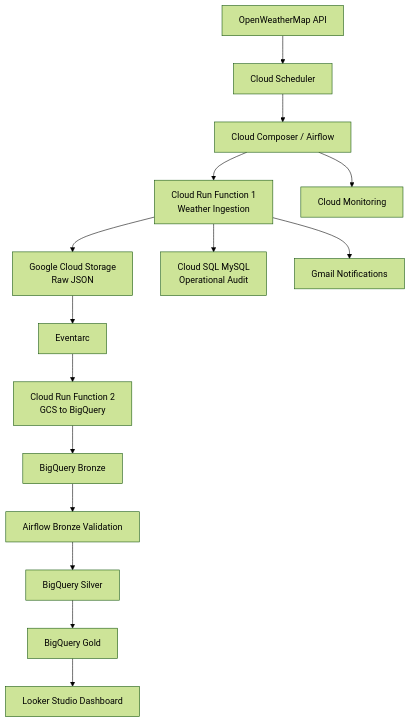
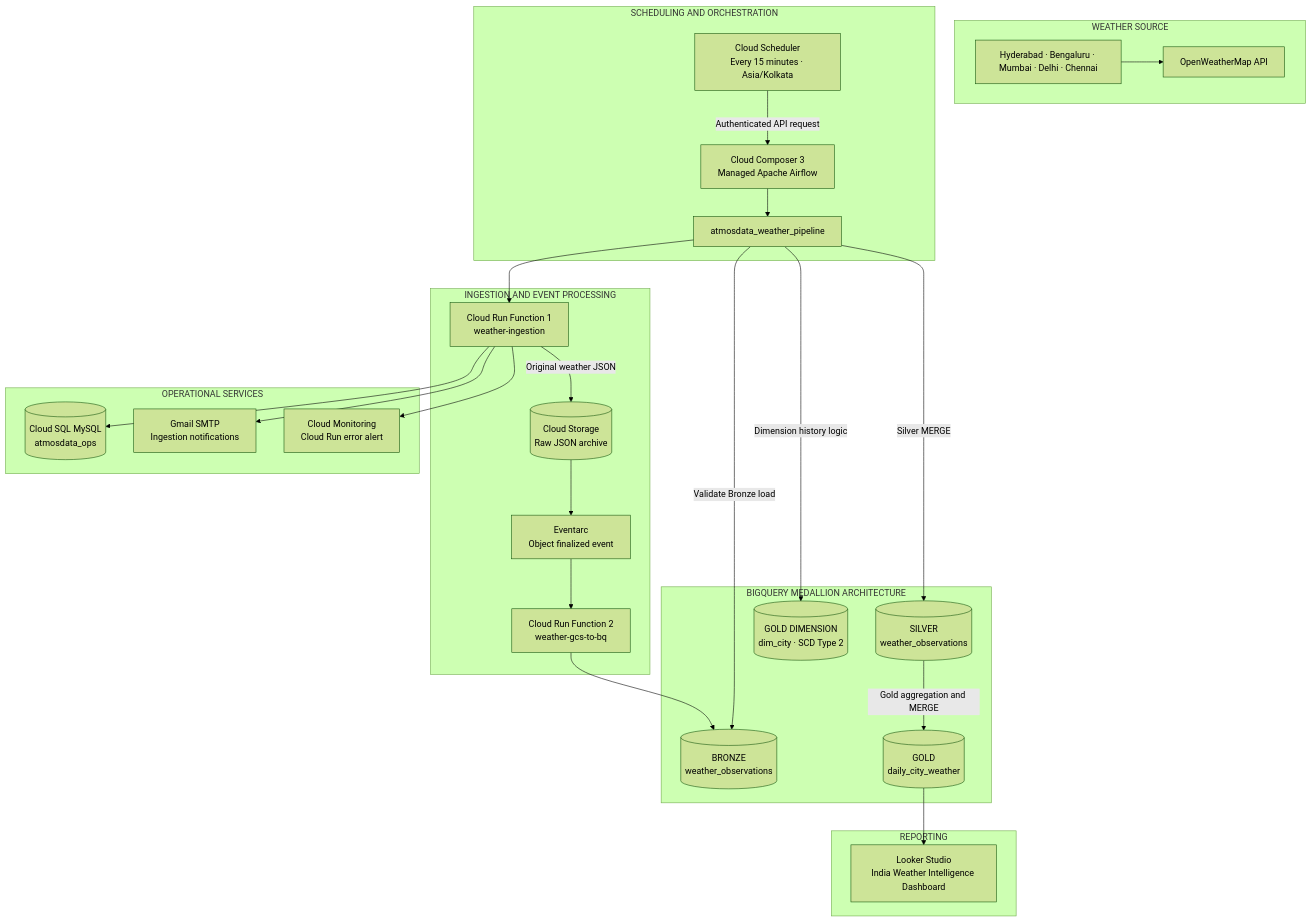
Before and after one commit to cloudwithpavan/AtmosData: the first of 7 diagrams in README.md, drawn with Mermaid (forest theme). The commit also changed other lines of this file, not shown here.

````diff
--- a/README.md
+++ b/README.md
@@ -59,17 +56,54 @@
 ```mermaid
-flowchart TD
-    A["OpenWeatherMap API"] --> B["Cloud Scheduler"]
-    B --> C["Cloud Composer / Airflow"]
-    C --> D["Cloud Run Function 1<br/>Weather Ingestion"]
-    D --> E["Google Cloud Storage<br/>Raw JSON"]
-    E --> F["Eventarc"]
-    F --> G["Cloud Run Function 2<br/>GCS to BigQuery"]
-    G --> H["BigQuery Bronze"]
-    H --> I["Airflow Bronze Validation"]
-    I --> J["BigQuery Silver"]
-    J --> K["BigQuery Gold"]
-    K --> L["Looker Studio Dashboard"]
-    D --> M["Cloud SQL MySQL<br/>Operational Audit"]
-    D --> N["Gmail Notifications"]
-    C --> O["Cloud Monitoring"]
+flowchart TB
+    subgraph SOURCE["WEATHER SOURCE"]
+        API["OpenWeatherMap API"]
+        CITIES["Hyderabad · Bengaluru · Mumbai · Delhi · Chennai"]
+        CITIES --> API
+    end
+
+    subgraph ORCHESTRATION["SCHEDULING AND ORCHESTRATION"]
+        SCHED["Cloud Scheduler<br/>Every 15 minutes · Asia/Kolkata"]
+        COMPOSER["Cloud Composer 3<br/>Managed Apache Airflow"]
+        DAG["atmosdata_weather_pipeline"]
+        SCHED -->|"Authenticated API request"| COMPOSER
+        COMPOSER --> DAG
+    end
+
+    subgraph INGESTION["INGESTION AND EVENT PROCESSING"]
+        INGEST["Cloud Run Function 1<br/>weather-ingestion"]
+        RAW[("Cloud Storage<br/>Raw JSON archive")]
+        EVENT["Eventarc<br/>Object finalized event"]
+        LOADER["Cloud Run Function 2<br/>weather-gcs-to-bq"]
+        INGEST -->|"Original weather JSON"| RAW
+        RAW --> EVENT
+        EVENT --> LOADER
+    end
+
+    subgraph WAREHOUSE["BIGQUERY MEDALLION ARCHITECTURE"]
+        BRONZE[("BRONZE<br/>weather_observations")]
+        SILVER[("SILVER<br/>weather_observations")]
+        GOLD[("GOLD<br/>daily_city_weather")]
+        DIM[("GOLD DIMENSION<br/>dim_city · SCD Type 2")]
+        LOADER --> BRONZE
+        DAG -->|"Validate Bronze load"| BRONZE
+        DAG -->|"Silver MERGE"| SILVER
+        SILVER -->|"Gold aggregation and MERGE"| GOLD
+        DAG -->|"Dimension history logic"| DIM
+    end
+
+    subgraph OPERATIONS["OPERATIONAL SERVICES"]
+        MYSQL[("Cloud SQL MySQL<br/>atmosdata_ops")]
+        EMAIL["Gmail SMTP<br/>Ingestion notifications"]
+        MON["Cloud Monitoring<br/>Cloud Run error alert"]
+        INGEST --> MYSQL
+        INGEST --> EMAIL
+        INGEST --> MON
+    end
+
+    subgraph REPORTING["REPORTING"]
+        LOOKER["Looker Studio<br/>India Weather Intelligence Dashboard"]
+        GOLD --> LOOKER
+    end
+
+    DAG --> INGEST
 ```
````
